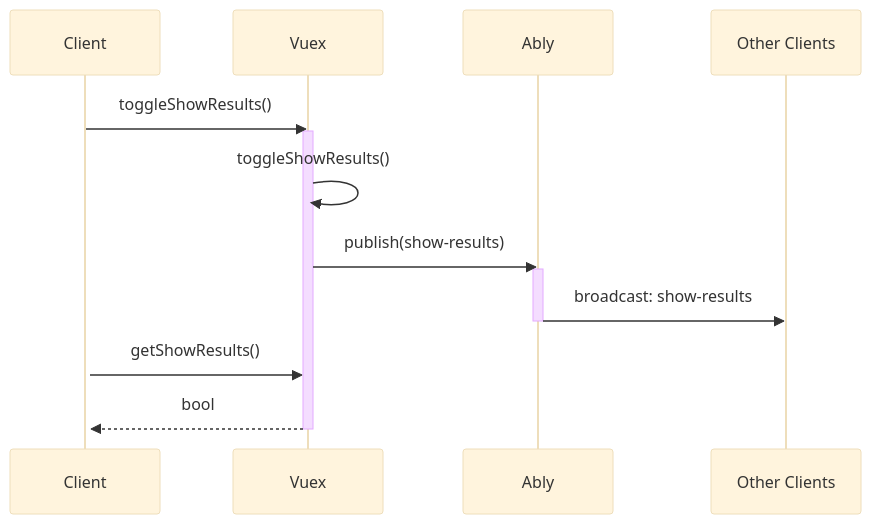
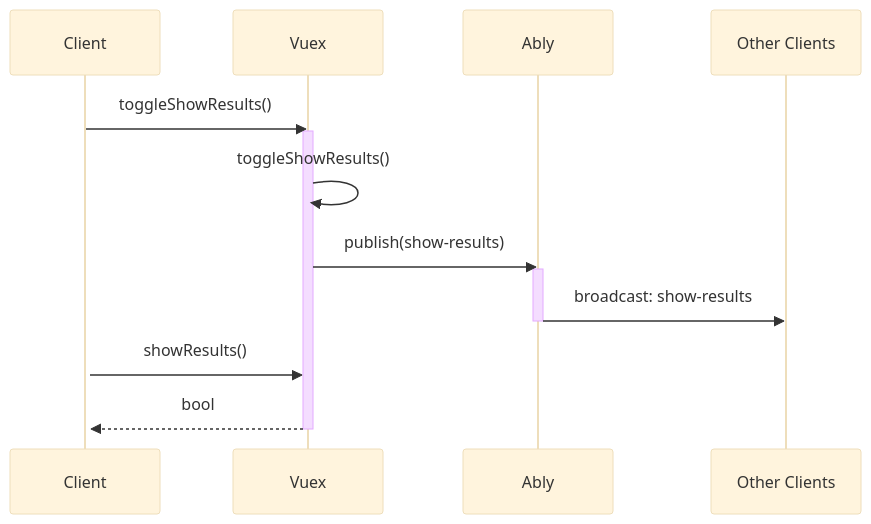
One commit to ably-labs/agile-flush-vue-app changed the diagram in diagrams/toggle-show-results.mmd. Above: the diagram before and after it, drawn with Mermaid (base theme). The commit also changed 15 other files, not shown here.

```diff
--- a/diagrams/toggle-show-results.mmd
+++ b/diagrams/toggle-show-results.mmd
@@ -1,12 +1,12 @@
 sequenceDiagram
     Client->>Vuex: toggleShowResults()
     activate Client
     activate Vuex
     Vuex->>Vuex: toggleShowResults()
     Vuex->>Ably: publish(show-results)
     activate Ably
     Ably->>Other Clients: broadcast: show-results
     deactivate Ably
-    Client->>Vuex: getShowResults()
+    Client->>Vuex: showResults()
     Vuex-->>Client: bool
     deactivate Vuex
```
